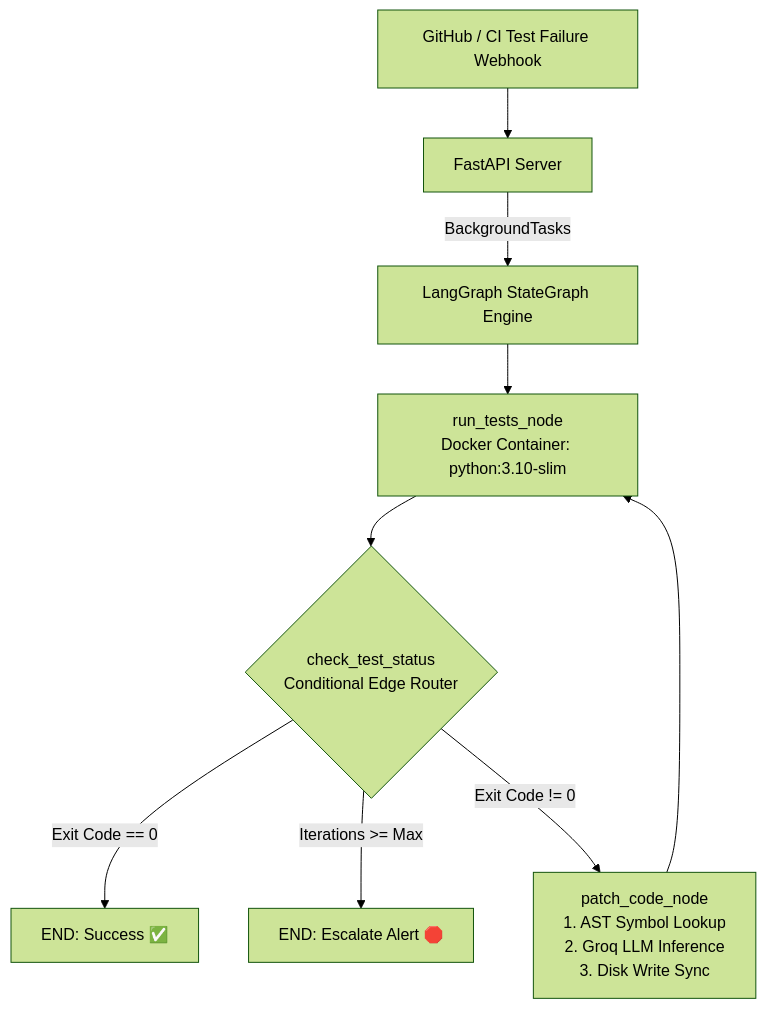
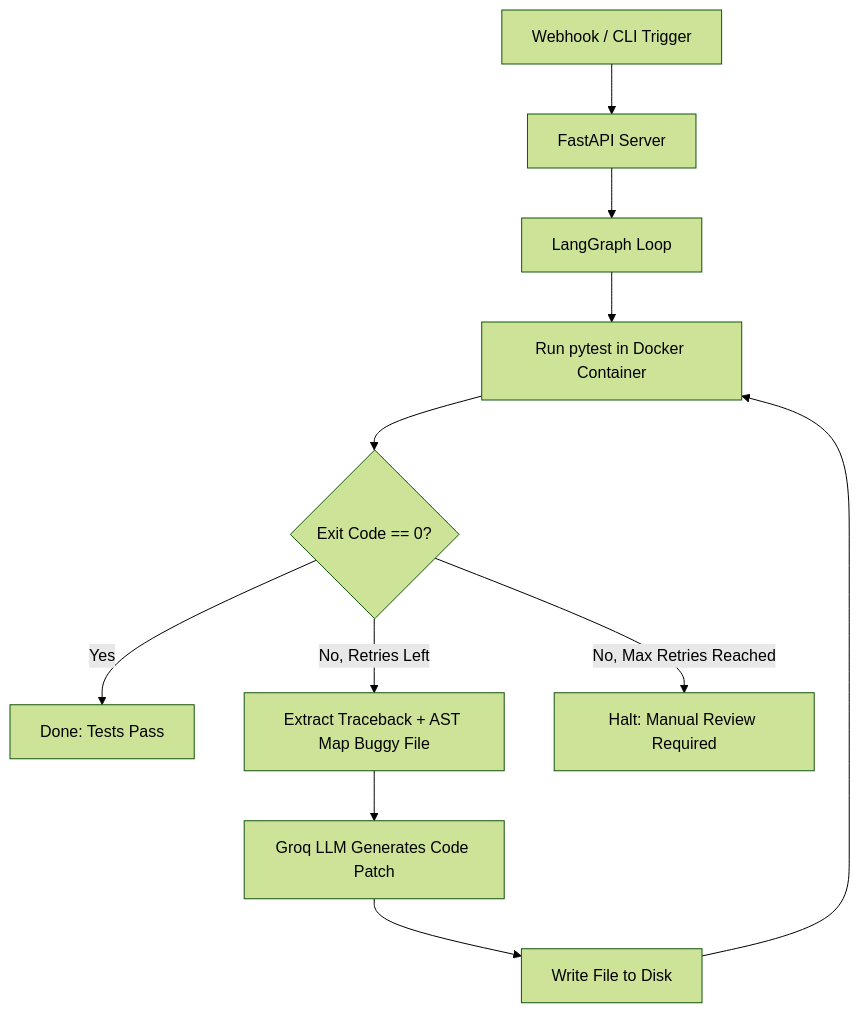
The diagram in README.md (Adityaraj1005/self-healing-ci-agent), drawn with Mermaid (forest theme) before and after one commit. The commit also changed other lines of this file and 2 other files, not shown here.

Commit message:
refactor: ground docs in reality, harden docker container, and prevent test file tampering

````diff
--- a/README.md
+++ b/README.md
@@ -36,11 +7,13 @@
 ```mermaid
 flowchart TD
-    A[GitHub / CI Test Failure Webhook] --> B[FastAPI Server]
-    B -->|BackgroundTasks| C[LangGraph StateGraph Engine]
-    C --> D[run_tests_node<br/>Docker Container: python:3.10-slim]
-    D --> E{check_test_status<br/>Conditional Edge Router}
-    E -->|Exit Code == 0| F[END: Success ✅]
-    E -->|Iterations >= Max| G[END: Escalate Alert 🛑]
-    E -->|Exit Code != 0| H[patch_code_node<br/>1. AST Symbol Lookup<br/>2. Groq LLM Inference<br/>3. Disk Write Sync]
-    H --> D
+    A[Webhook / CLI Trigger] --> B[FastAPI Server]
+    B --> C[LangGraph Loop]
+    C --> D[Run pytest in Docker Container]
+    D --> E{Exit Code == 0?}
+    E -->|Yes| F[Done: Tests Pass]
+    E -->|No, Retries Left| G[Extract Traceback + AST Map Buggy File]
+    G --> H[Groq LLM Generates Code Patch]
+    H --> I[Write File to Disk]
+    I --> D
+    E -->|No, Max Retries Reached| J[Halt: Manual Review Required]
 ```
````
